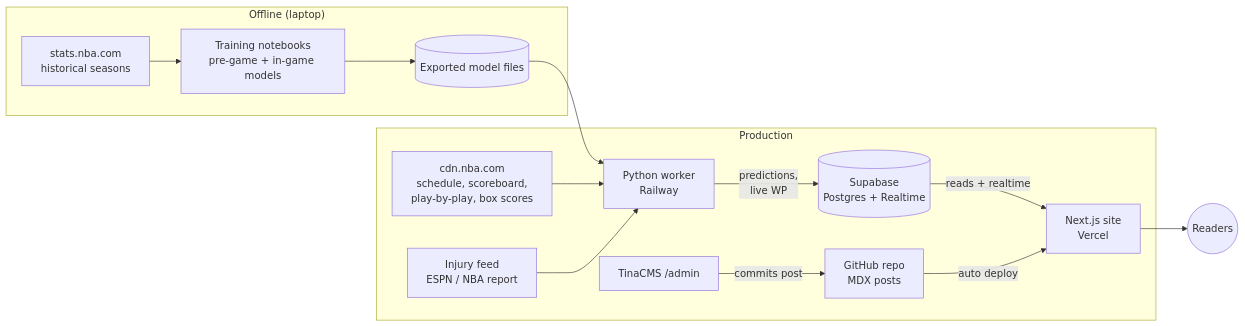
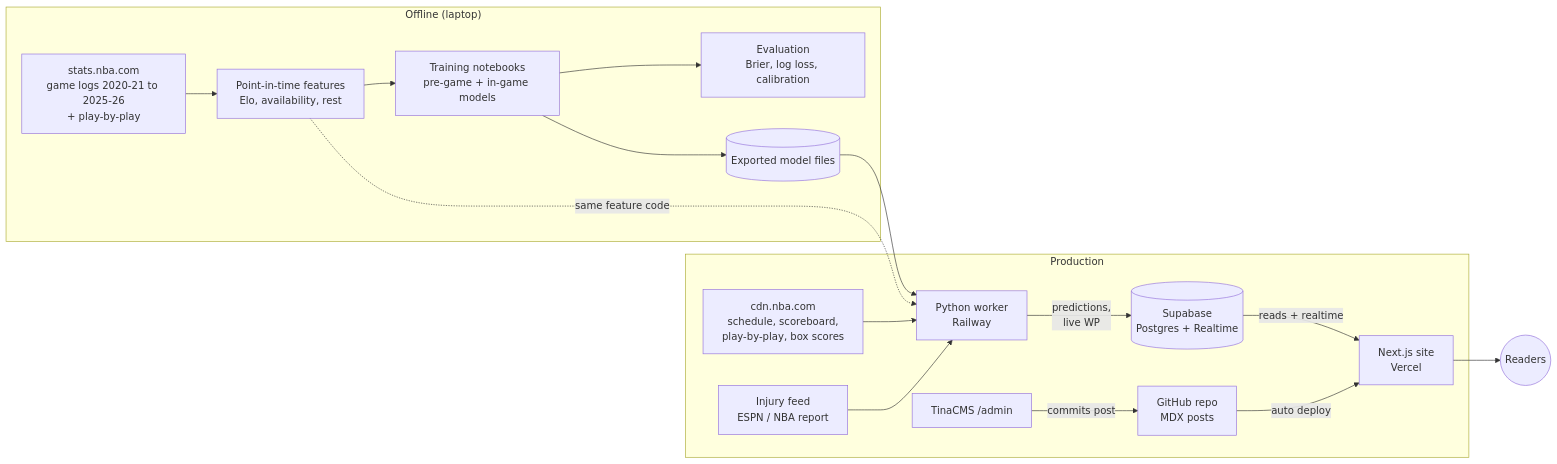
One commit to TakundaT/teekays-playbook changed the diagram in README.md. Above: the diagram before and after it, drawn with Mermaid. The commit also changed other lines of this file and 3 other files, not shown here.

First line of the commit message:
Document pre-game model design and update architecture (#1)

````diff
--- a/README.md
+++ b/README.md
@@ -13,26 +13,29 @@
 ```mermaid
 flowchart LR
     subgraph Offline["Offline (laptop)"]
-        H[stats.nba.com<br/>historical seasons] --> T[Training notebooks<br/>pre-game + in-game models]
+        H[stats.nba.com<br/>game logs 2020-21 to 2025-26<br/>+ play-by-play] --> F[Point-in-time features<br/>Elo, availability, rest]
+        F --> T[Training notebooks<br/>pre-game + in-game models]
+        T --> E[Evaluation<br/>Brier, log loss, calibration]
         T --> M[(Exported model files)]
     end
 
     subgraph Cloud["Production"]
         CDN[cdn.nba.com<br/>schedule, scoreboard,<br/>play-by-play, box scores]
         INJ[Injury feed<br/>ESPN / NBA report]
         W[Python worker<br/>Railway]
         DB[(Supabase<br/>Postgres + Realtime)]
         WEB[Next.js site<br/>Vercel]
         CMS[TinaCMS /admin]
         GH[GitHub repo<br/>MDX posts]
     end
 
     M --> W
+    F -. same feature code .-> W
     CDN --> W
     INJ --> W
     W -- predictions,<br/>live WP --> DB
     DB -- reads + realtime --> WEB
     CMS -- commits post --> GH
     GH -- auto deploy --> WEB
     WEB --> U((Readers))
 ```
````
